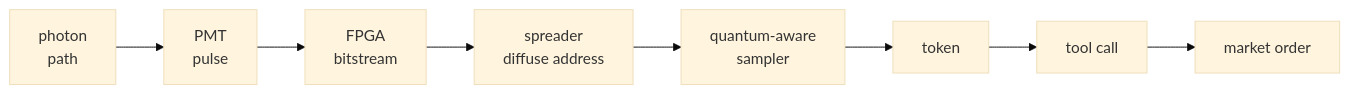
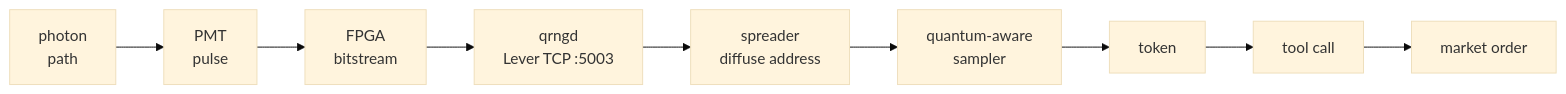
One commit to dnhkng/dnhkng.github.io changed the first of 4 diagrams in _drafts/2026-05-10-quantum_openclaw.md. Above: the diagram before and after it, drawn with Mermaid (base theme). The commit also changed other lines of this file, not shown here.

````diff
--- a/_drafts/2026-05-10-quantum_openclaw.md
+++ b/_drafts/2026-05-10-quantum_openclaw.md
@@ -29,19 +29,21 @@
 ```mermaid
 flowchart LR
     P["photon<br/>path"] --> M["PMT<br/>pulse"]
     M --> F["FPGA<br/>bitstream"]
-    F --> S["spreader<br/>diffuse address"]
+    F --> L["qrngd<br/>Lever TCP :5003"]
+    L --> S["spreader<br/>diffuse address"]
     S --> Q["quantum-aware<br/>sampler"]
     Q --> T["token"]
     T --> C["tool call"]
     C --> O["market order"]
 
     click P "#building-the-universe-splitter" "Building the Universe Splitter"
     click M "#building-the-universe-splitter" "Building the Universe Splitter"
     click F "#circuit-overview" "FPGA circuit overview"
+    click L "#wiring-the-lever-into-llamacpp" "Wiring the Lever Into llama.cpp"
     click S "#spreading-the-address" "Spreading the Address"
     click Q "#from-photons-to-tokens" "From Photons to Tokens"
     click T "#the-model-is-the-lens" "The Model Is the Lens"
     click C "#tool-call" "Tool call"
     click O "#market-order" "Market order"
 ```
````
